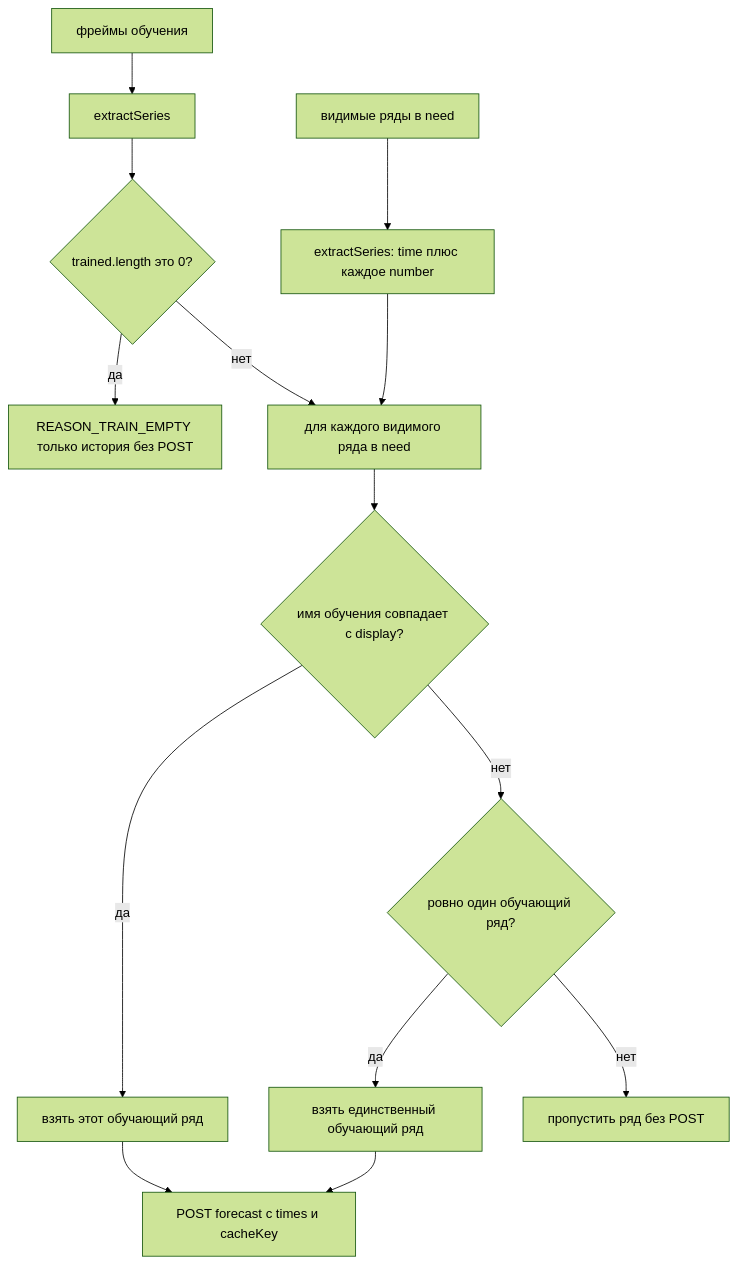
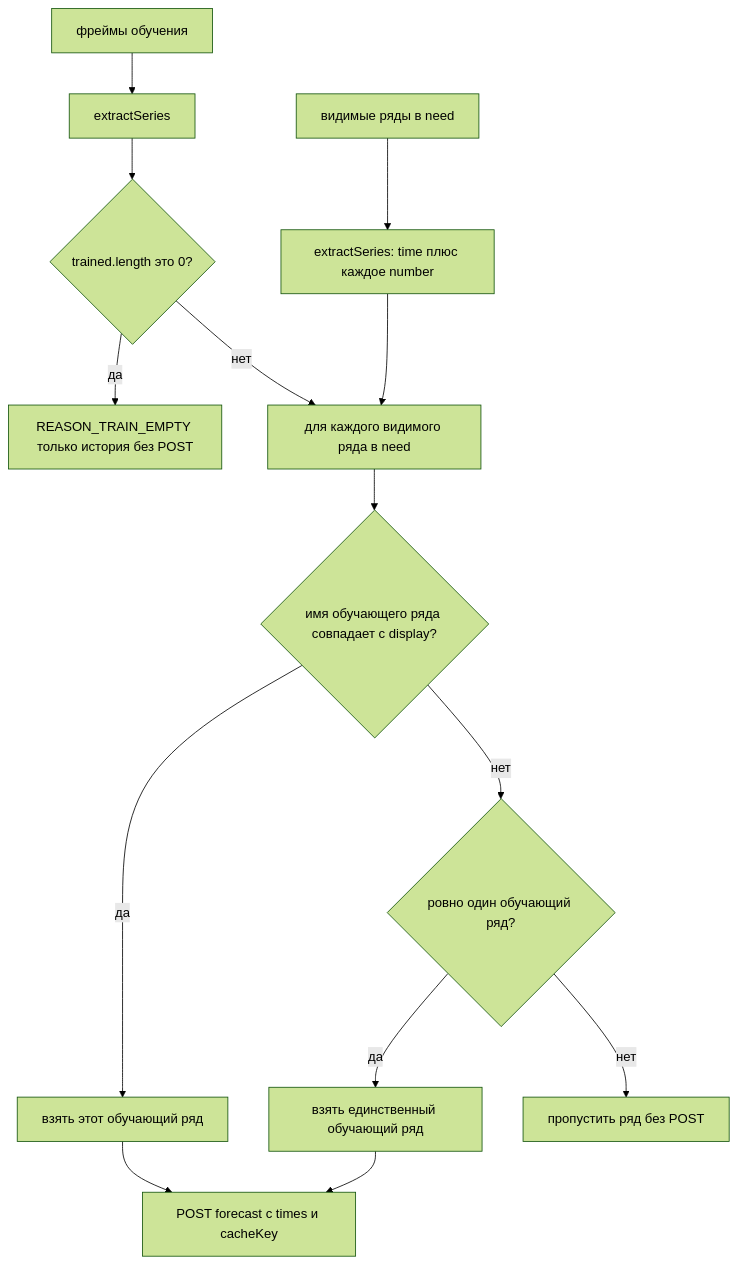
Before and after one commit to eduard-kolotushin/timeseries-grafana: the diagram in diagrams/06-series-matching.md, drawn with Mermaid (forest theme). The commit also changed other lines of this file and 14 other files, not shown here.

Commit message:
Update diagrams

````diff
--- a/diagrams/06-series-matching.md
+++ b/diagrams/06-series-matching.md
@@ -11,16 +11,16 @@
 ```mermaid
 flowchart TD
   V["видимые ряды в need"] --> E1["extractSeries: time плюс каждое number"]
   T["фреймы обучения"] --> E2["extractSeries"]
   E2 --> Empty{"trained.length это 0?"}
   Empty -->|да| Stop["REASON_TRAIN_EMPTY только история без POST"]
   Empty -->|нет| Loop["для каждого видимого ряда в need"]
   E1 --> Loop
-  Loop --> Match{"имя обучения совпадает с display?"}
+  Loop --> Match{"имя обучающего ряда совпадает с display?"}
   Match -->|да| Fit["взять этот обучающий ряд"]
   Match -->|нет| One{"ровно один обучающий ряд?"}
   One -->|да| Fit2["взять единственный обучающий ряд"]
   One -->|нет| Skip["пропустить ряд без POST"]
   Fit --> Post["POST forecast с times и cacheKey"]
   Fit2 --> Post
 ```
````
